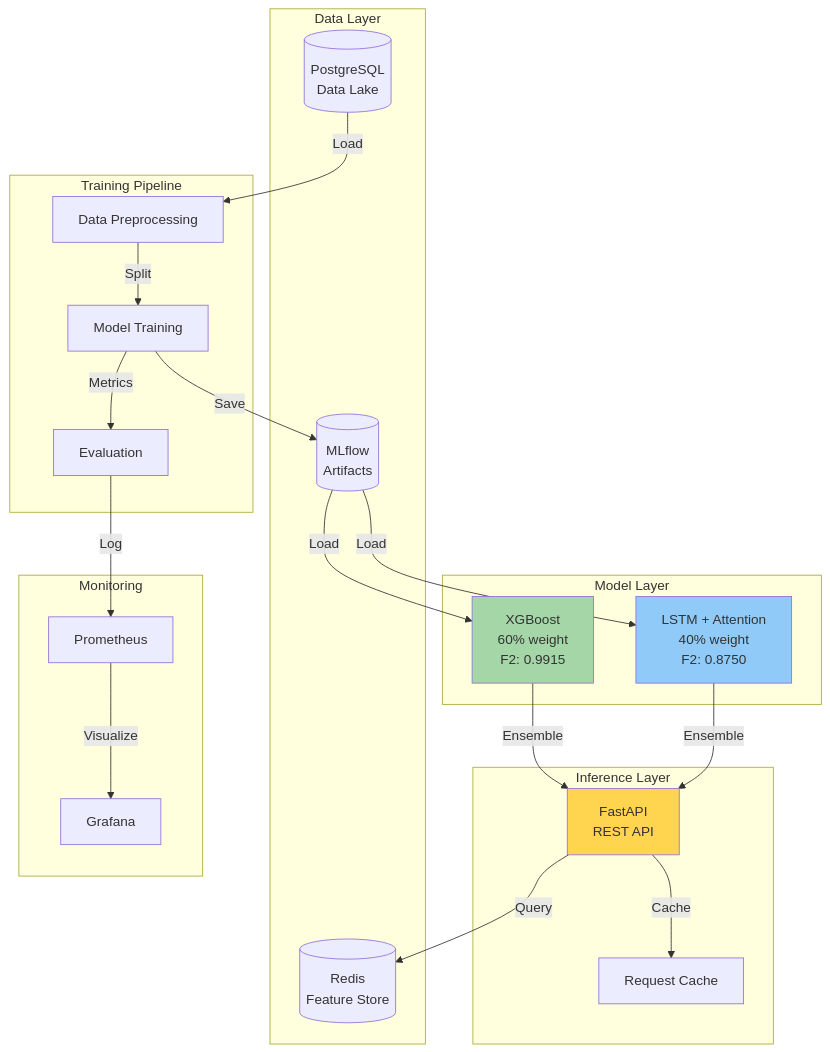
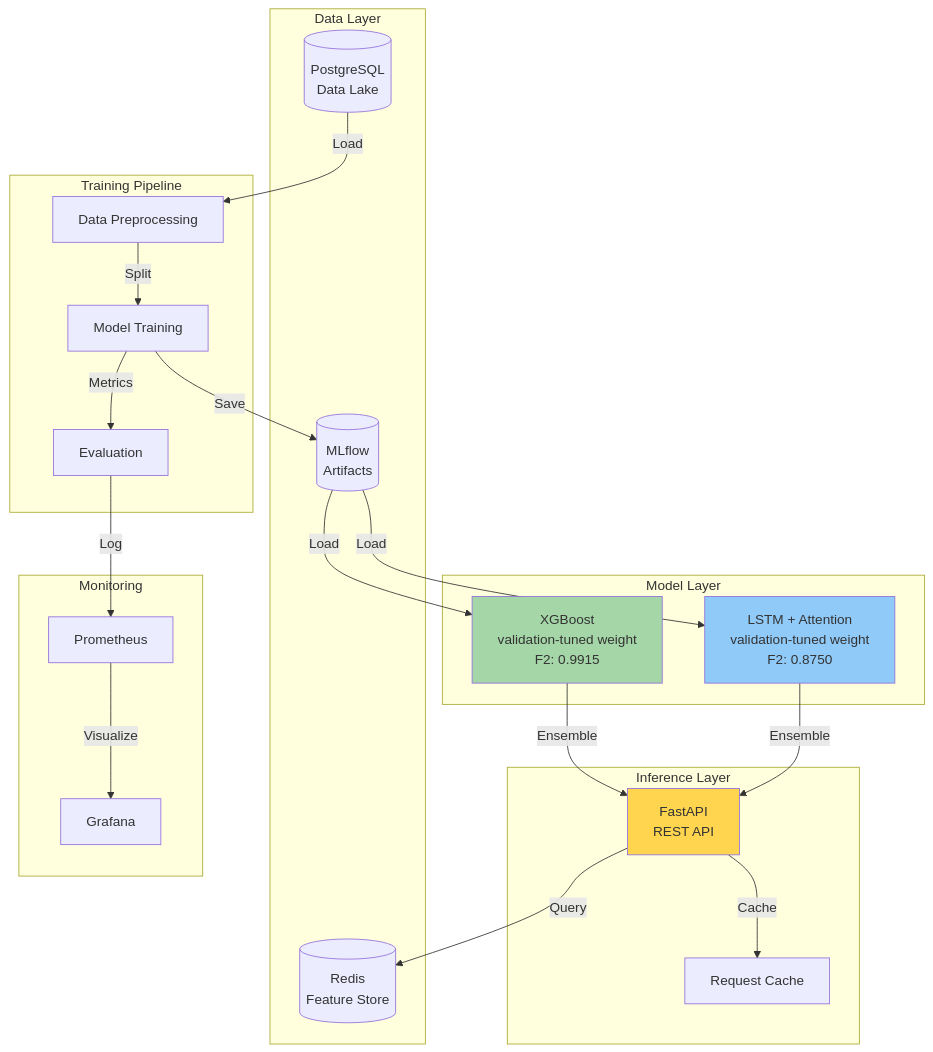
One commit to atikulmunna/predictive-maintenance-mlops changed the first of 2 diagrams in README.md. Above: the diagram before and after it, drawn with Mermaid. The commit also changed other lines of this file and 2 other files, not shown here.

````diff
--- a/README.md
+++ b/README.md
@@ -33,46 +33,46 @@
 ```mermaid
 graph TB
     subgraph DL["Data Layer"]
         DB[(PostgreSQL<br/>Data Lake)]
         FS[(Redis<br/>Feature Store)]
         MLFLOW[(MLflow<br/>Artifacts)]
     end
     
     subgraph ML["Model Layer"]
-        XGB["XGBoost<br/>60% weight<br/>F2: 0.9915"]
-        LSTM["LSTM + Attention<br/>40% weight<br/>F2: 0.8750"]
+        XGB["XGBoost<br/>validation-tuned weight<br/>F2: 0.9915"]
+        LSTM["LSTM + Attention<br/>validation-tuned weight<br/>F2: 0.8750"]
     end
     
     subgraph IL["Inference Layer"]
         API["FastAPI<br/>REST API"]
         CACHE["Request Cache"]
     end
     
     subgraph TP["Training Pipeline"]
         PREPROCESS["Data Preprocessing"]
         TRAIN["Model Training"]
         EVAL["Evaluation"]
     end
     
     subgraph MA["Monitoring"]
         PROM["Prometheus"]
         GRAFANA["Grafana"]
     end
     
     DB -->|Load| PREPROCESS
     PREPROCESS -->|Split| TRAIN
     TRAIN -->|Save| MLFLOW
     MLFLOW -->|Load| XGB
     MLFLOW -->|Load| LSTM
     XGB -->|Ensemble| API
     LSTM -->|Ensemble| API
     API -->|Cache| CACHE
     API -->|Query| FS
     TRAIN -->|Metrics| EVAL
     EVAL -->|Log| PROM
     PROM -->|Visualize| GRAFANA
 
     style XGB fill:#A5D6A7
     style LSTM fill:#90CAF9
     style API fill:#FFD54F
 ```
````
